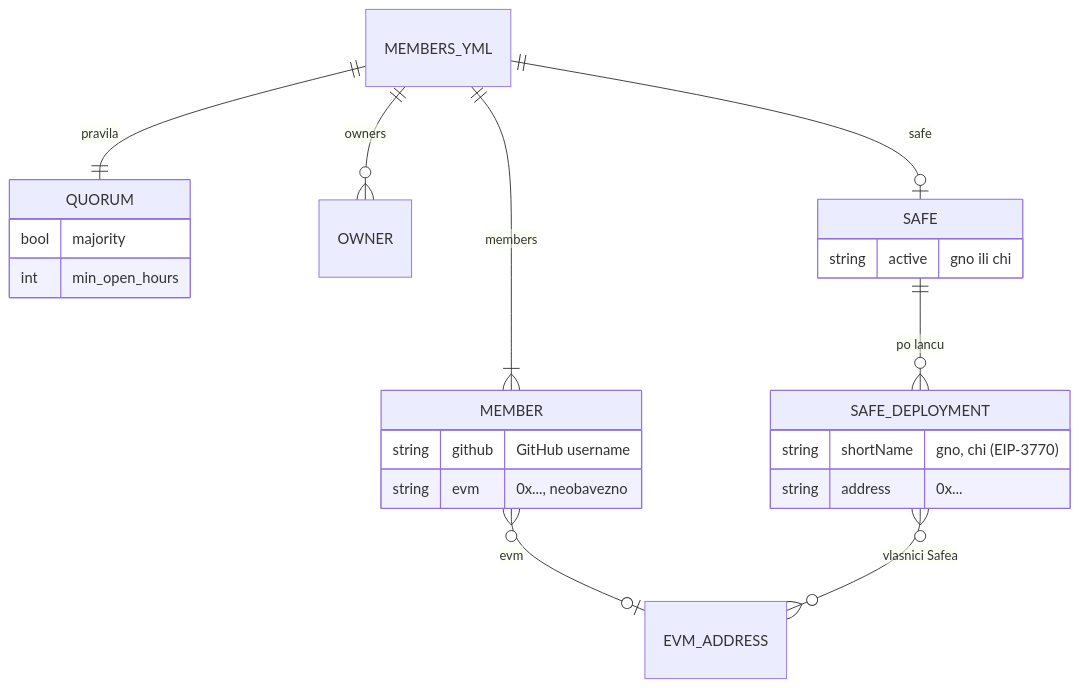
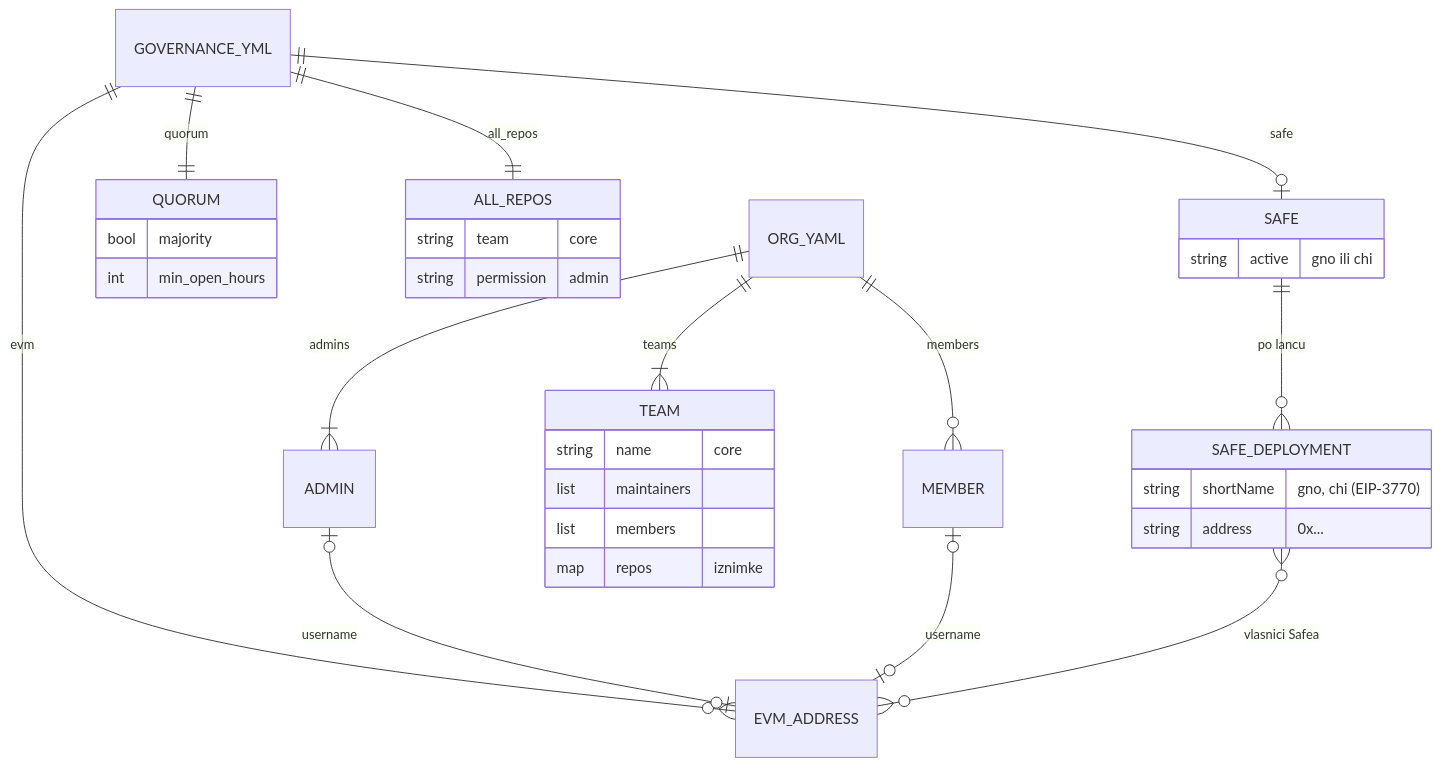
One commit to catholicit/governance changed the seventh of 14 diagrams in docs/arhitektura.md. Above: the diagram before and after it, drawn with Mermaid. The commit also changed other lines of this file and 11 other files, not shown here.

````diff
--- a/docs/arhitektura.md
+++ b/docs/arhitektura.md
@@ -252,26 +281,36 @@
 ```mermaid
 erDiagram
-    MEMBERS_YML ||--|| QUORUM : "pravila"
-    MEMBERS_YML ||--o{ OWNER : "owners"
-    MEMBERS_YML ||--|{ MEMBER : "members"
-    MEMBERS_YML ||--o| SAFE : "safe"
+    ORG_YAML ||--|{ ADMIN : "admins"
+    ORG_YAML ||--o{ MEMBER : "members"
+    ORG_YAML ||--|{ TEAM : "teams"
+    GOVERNANCE_YML ||--|| QUORUM : "quorum"
+    GOVERNANCE_YML ||--|| ALL_REPOS : "all_repos"
+    GOVERNANCE_YML ||--o| SAFE : "safe"
+    GOVERNANCE_YML ||--o{ EVM_ADDRESS : "evm"
     SAFE ||--o{ SAFE_DEPLOYMENT : "po lancu"
-    MEMBER }o--o| EVM_ADDRESS : "evm"
+    ADMIN |o--o| EVM_ADDRESS : "username"
+    MEMBER |o--o| EVM_ADDRESS : "username"
     SAFE_DEPLOYMENT }o--o{ EVM_ADDRESS : "vlasnici Safea"
 
-    MEMBER {
-        string github "GitHub username"
-        string evm "0x..., neobavezno"
+    TEAM {
+        string name "core"
+        list maintainers
+        list members
+        map repos "iznimke"
+    }
+    QUORUM {
+        bool majority
+        int min_open_hours
+    }
+    ALL_REPOS {
+        string team "core"
+        string permission "admin"
     }
     SAFE {
         string active "gno ili chi"
     }
     SAFE_DEPLOYMENT {
         string shortName "gno, chi (EIP-3770)"
         string address "0x..."
     }
-    QUORUM {
-        bool majority
-        int min_open_hours
-    }
 ```
````
